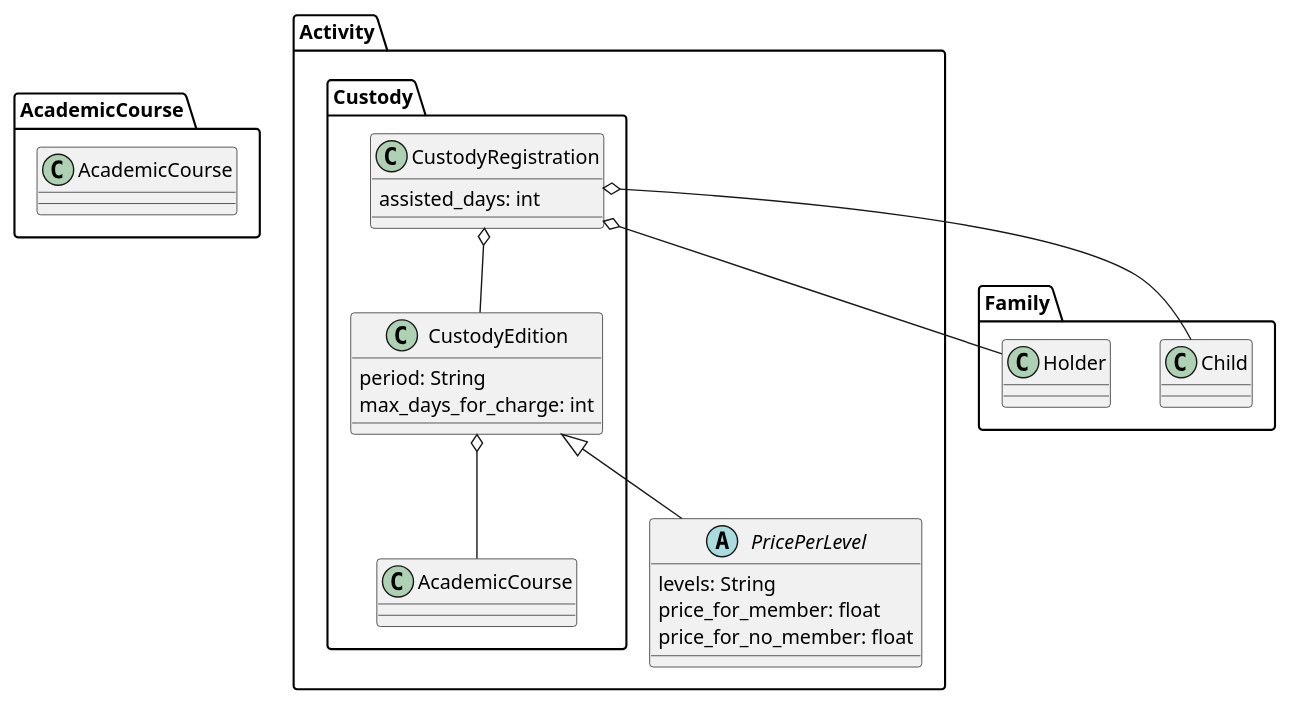
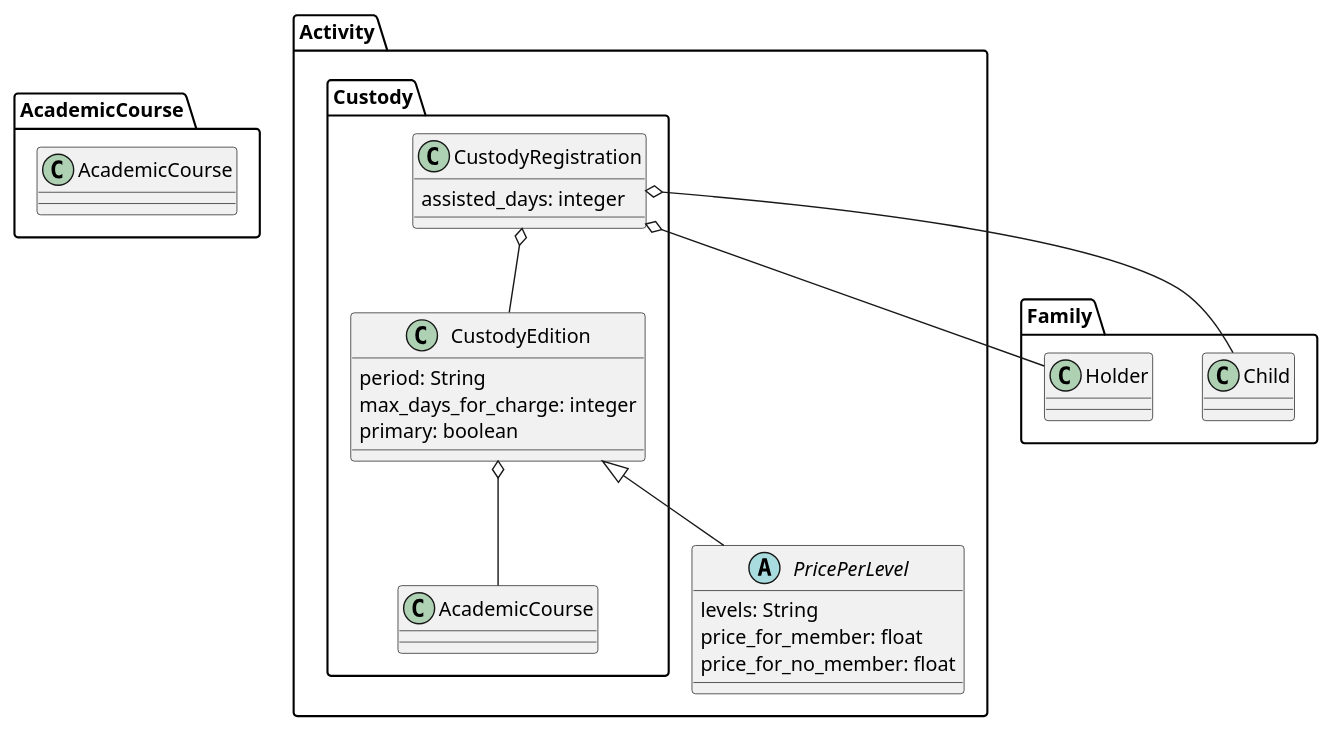
Before and after one commit to IgnacioMaestro/ampa-manager: the diagram in doc/DomainModelDiagram/ActivityPackage/Custody/Custody.puml, drawn with PlantUML. The commit also changed 5 other files, not shown here.

```diff
--- a/doc/DomainModelDiagram/ActivityPackage/Custody/Custody.puml
+++ b/doc/DomainModelDiagram/ActivityPackage/Custody/Custody.puml
@@ -1,35 +1,36 @@
 @startuml
 package AcademicCourse{
   class AcademicCourse
 }
 package Activity{
     package Custody{
 
         class CustodyEdition{
             period: String
-            max_days_for_charge: int
+            max_days_for_charge: integer
+            primary: boolean
         }
         class CustodyRegistration{
-            assisted_days: int
+            assisted_days: integer
         }
 
         CustodyEdition o-- AcademicCourse
 
         CustodyRegistration o-- CustodyEdition
 
     }
     abstract class PricePerLevel{
         levels: String
         price_for_member: float
         price_for_no_member: float
     }
 
     CustodyEdition <|-- PricePerLevel
 }
 package Family{
     class Child
     class Holder
 }
 CustodyRegistration o-- Child
 CustodyRegistration o-- Holder
 @enduml
```
